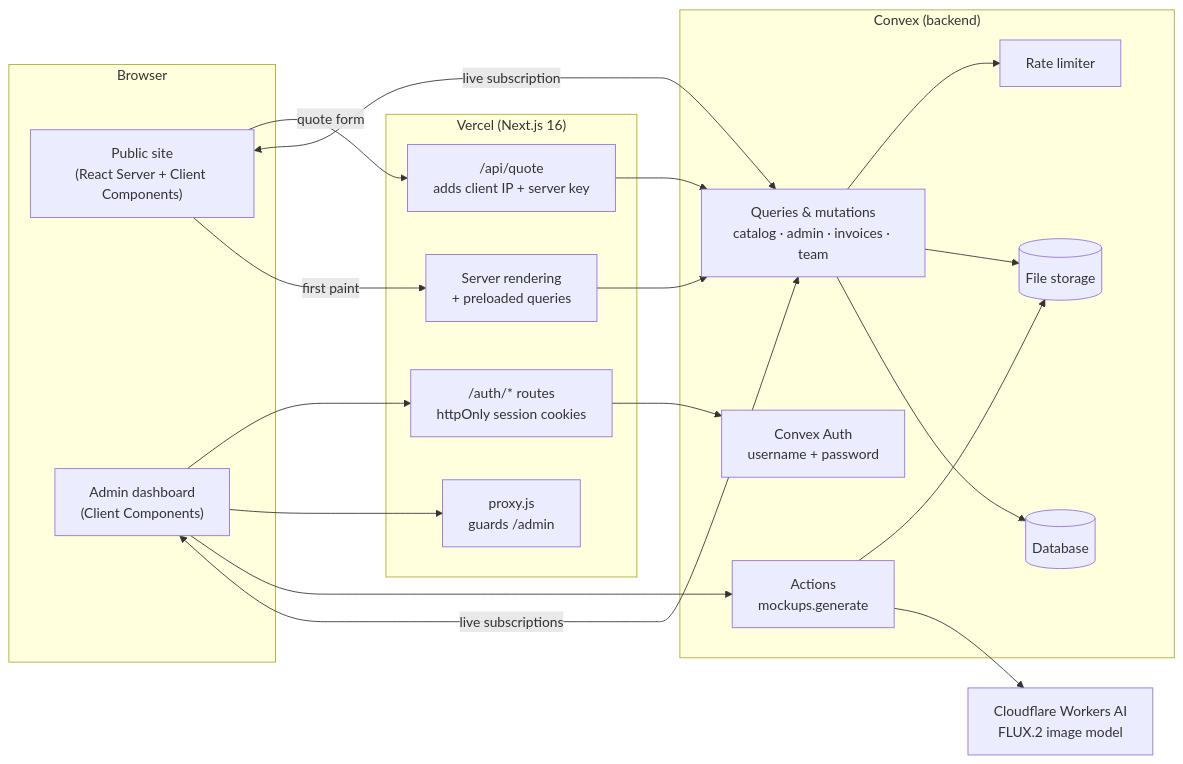
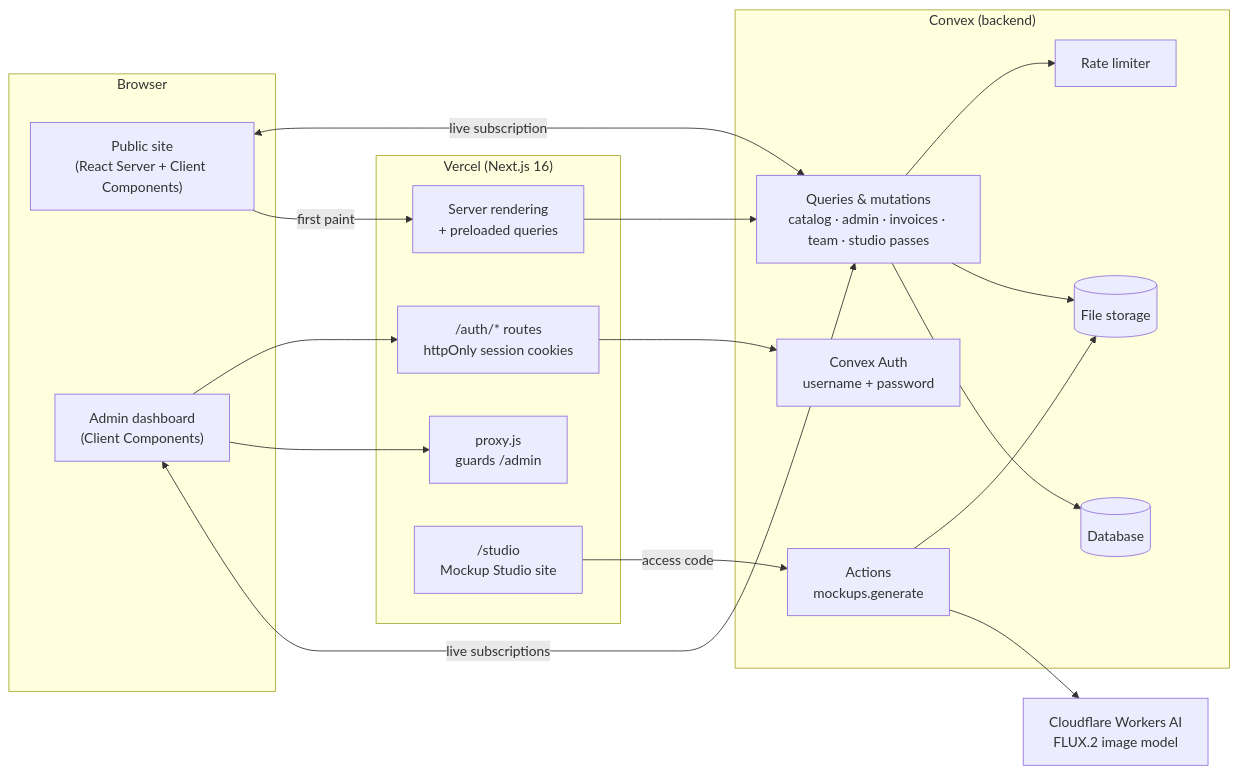
The first of 2 diagrams in README.md (Tms119/Dar-Al-Najah-Advertising), drawn with Mermaid before and after one commit. The commit also changed other lines of this file and 43 other files, not shown here.

First line of the commit message:
Standalone Mockup Studio with access passes; WhatsApp only; no online pricing

````diff
--- a/README.md
+++ b/README.md
@@ -63,37 +69,36 @@
 ```mermaid
 flowchart LR
     subgraph Browser
         Site["Public site<br/>(React Server + Client Components)"]
         Admin["Admin dashboard<br/>(Client Components)"]
     end
 
     subgraph Vercel["Vercel (Next.js 16)"]
         SSR["Server rendering<br/>+ preloaded queries"]
         Proxy["proxy.js<br/>guards /admin"]
         AuthRoutes["/auth/* routes<br/>httpOnly session cookies"]
-        QuoteAPI["/api/quote<br/>adds client IP + server key"]
+        Studio["/studio<br/>Mockup Studio site"]
     end
 
     subgraph Convex["Convex (backend)"]
-        Queries["Queries & mutations<br/>catalog · admin · invoices · team"]
+        Queries["Queries & mutations<br/>catalog · admin · invoices · team · studio passes"]
         Actions["Actions<br/>mockups.generate"]
         DB[("Database")]
         Files[("File storage")]
         Auth["Convex Auth<br/>username + password"]
         RL["Rate limiter"]
     end
 
     CF["Cloudflare Workers AI<br/>FLUX.2 image model"]
 
     Site -->|first paint| SSR --> Queries
     Site <-->|live subscription| Queries
-    Site -->|quote form| QuoteAPI --> Queries
     Admin <-->|live subscriptions| Queries
-    Admin --> Actions --> CF
+    Studio -->|access code| Actions --> CF
     Admin --> Proxy
     Admin --> AuthRoutes --> Auth
     Queries --> DB
     Queries --> Files
     Actions --> Files
     Queries --> RL
 ```
````
